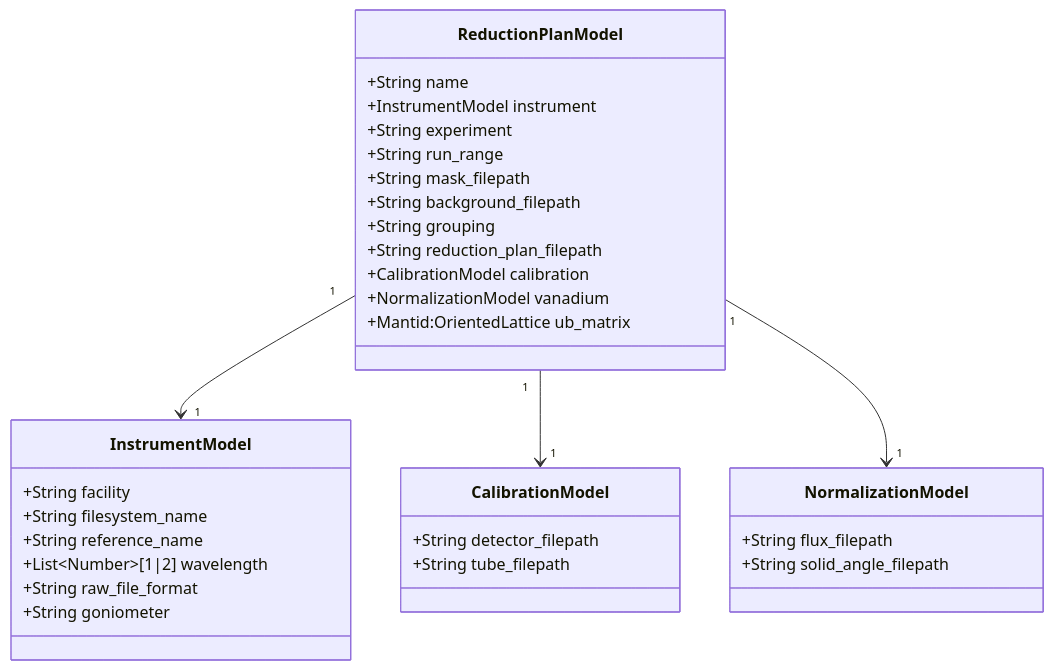
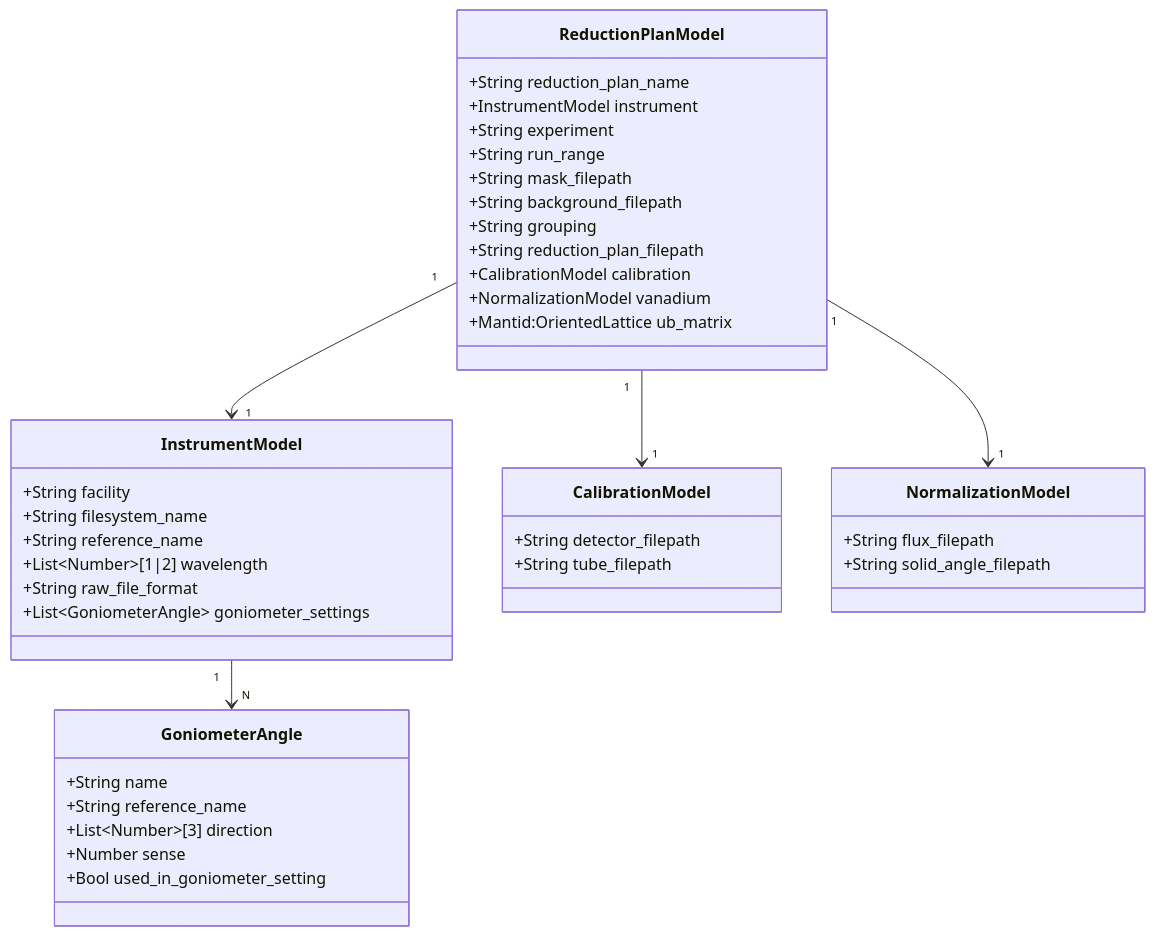
The diagram in docs/source/design/reduction_plan.rst (neutrons/garnet), drawn with Mermaid before and after one commit. The commit also changed 3 other files, not shown here.

Commit message:
instrument model added, rest updated

```diff
--- a/docs/source/design/reduction_plan.rst
+++ b/docs/source/design/reduction_plan.rst
@@ -7,39 +7,48 @@
 .. mermaid::
 
  classDiagram
     ReductionPlanModel "1" --> "1" InstrumentModel
     ReductionPlanModel "1" --> "1" CalibrationModel
     ReductionPlanModel "1" -->"1" NormalizationModel
+    InstrumentModel "1" -->"N" GoniometerAngle
 
     class ReductionPlanModel{
-        +String name
+        +String reduction_plan_name
         +InstrumentModel instrument
         +String experiment
         +String run_range
         +String mask_filepath
         +String background_filepath
         +String grouping
         +String reduction_plan_filepath
         +CalibrationModel calibration
         +NormalizationModel vanadium
         +Mantid:OrientedLattice ub_matrix
     }
 
     class InstrumentModel{
         +String facility
         +String filesystem_name
         +String reference_name
         +List~Number~[1|2] wavelength
         +String raw_file_format
-        +String goniometer
+        +List~GoniometerAngle~ goniometer_settings
+    }
+
+    class GoniometerAngle{
+        +String name
+        +String reference_name
+        +List~Number~[3] direction
+        +Number sense
+        +Bool used_in_goniometer_setting
     }
 
     class CalibrationModel{
         +String detector_filepath
         +String tube_filepath
     }
 
     class NormalizationModel{
         +String flux_filepath
         +String solid_angle_filepath
     }
```
